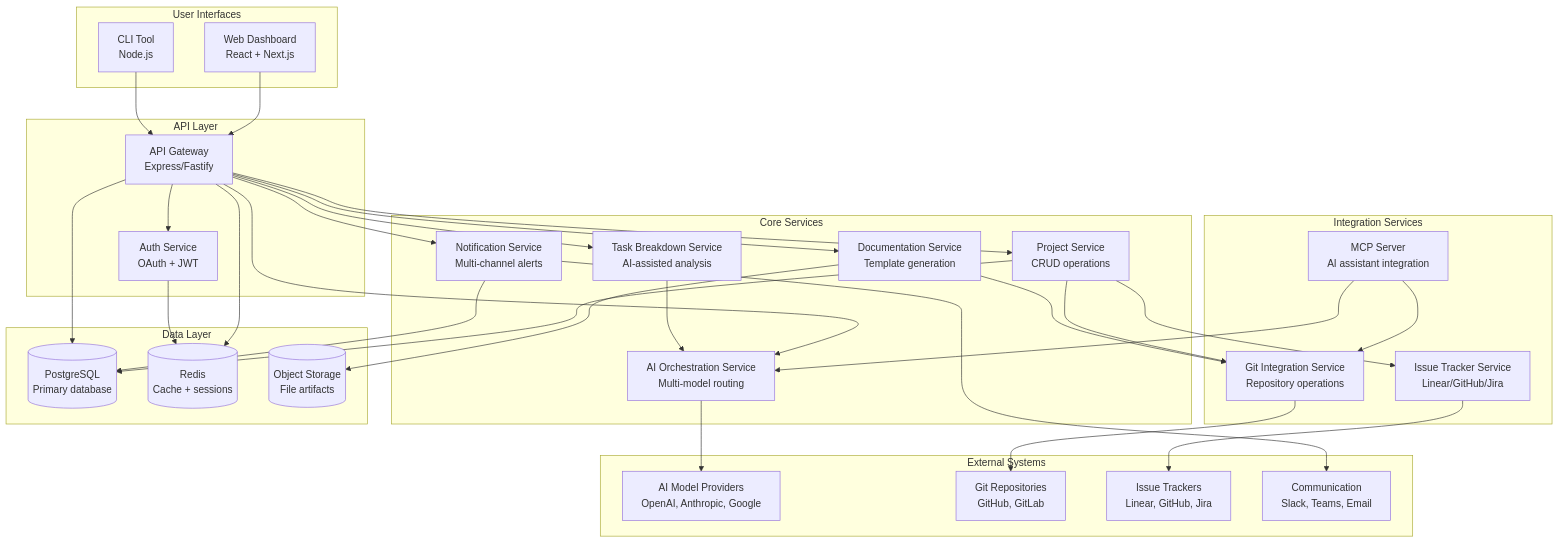
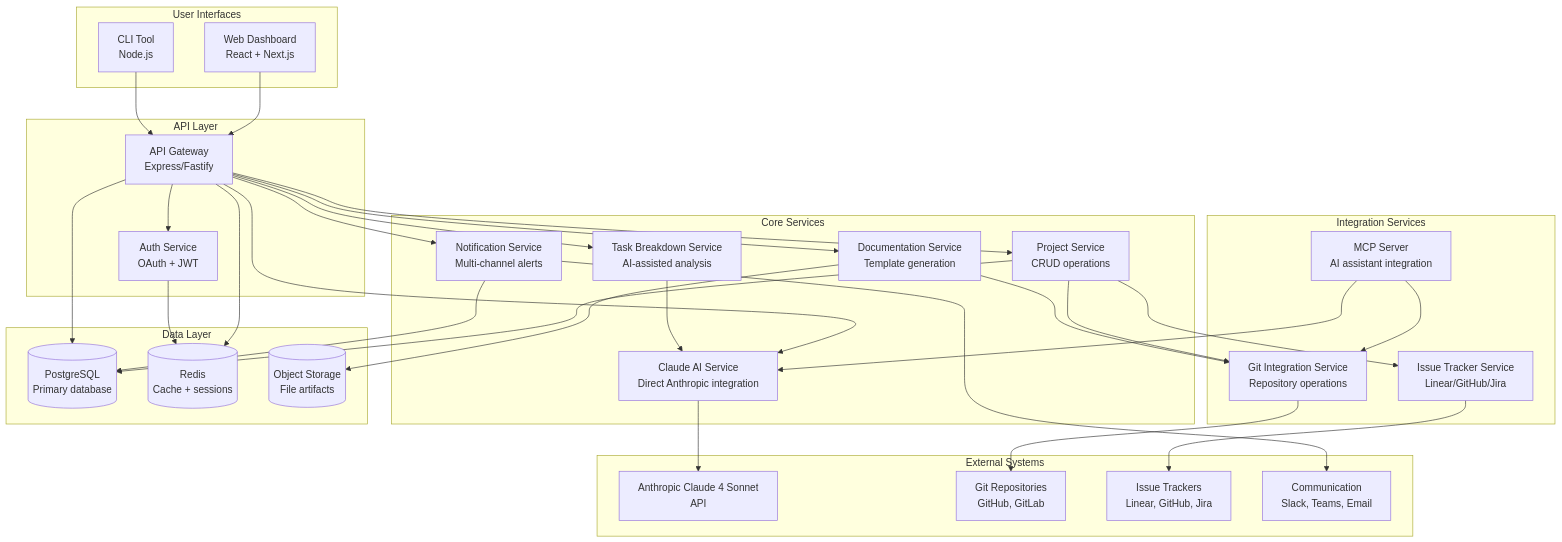
The first of 4 diagrams in docs/architecture/system-overview.md (spiralhouse/cycletime), drawn with Mermaid before and after one commit. The commit also changed other lines of this file, not shown here.

First line of the commit message:
docs: complete system architecture scope reduction to Claude 4 Sonnet

````diff
--- a/docs/architecture/system-overview.md
+++ b/docs/architecture/system-overview.md
@@ -18,73 +18,73 @@
 ```mermaid
 graph TB
     subgraph "User Interfaces"
         WEB[Web Dashboard<br/>React + Next.js]
         CLI[CLI Tool<br/>Node.js]
     end
     
     subgraph "API Layer"
         API[API Gateway<br/>Express/Fastify]
         AUTH[Auth Service<br/>OAuth + JWT]
     end
     
     subgraph "Core Services"
-        ORCH[AI Orchestration Service<br/>Multi-model routing]
+        CLAUDE[Claude AI Service<br/>Direct Anthropic integration]
         PROJ[Project Service<br/>CRUD operations]
         DOC[Documentation Service<br/>Template generation]
         TASK[Task Breakdown Service<br/>AI-assisted analysis]
         NOTIF[Notification Service<br/>Multi-channel alerts]
     end
     
     subgraph "Integration Services"
         GIT[Git Integration Service<br/>Repository operations]
         ISSUE[Issue Tracker Service<br/>Linear/GitHub/Jira]
         MCP[MCP Server<br/>AI assistant integration]
     end
     
     subgraph "Data Layer"
         PG[(PostgreSQL<br/>Primary database)]
         REDIS[(Redis<br/>Cache + sessions)]
         S3[(Object Storage<br/>File artifacts)]
     end
     
     subgraph "External Systems"
-        MODELS[AI Model Providers<br/>OpenAI, Anthropic, Google]
+        ANTHROPIC[Anthropic Claude 4 Sonnet<br/>API]
         REPOS[Git Repositories<br/>GitHub, GitLab]
         TRACKERS[Issue Trackers<br/>Linear, GitHub, Jira]
         COMM[Communication<br/>Slack, Teams, Email]
     end
     
     %% User Interface connections
     WEB --> API
     CLI --> API
     
     %% API Layer connections
     API --> AUTH
-    API --> ORCH
+    API --> CLAUDE
     API --> PROJ
     API --> DOC
     API --> TASK
     API --> NOTIF
     
     %% Core Service connections
-    ORCH --> MODELS
+    CLAUDE --> ANTHROPIC
     PROJ --> GIT
     PROJ --> ISSUE
     DOC --> GIT
-    TASK --> ORCH
+    TASK --> CLAUDE
     NOTIF --> COMM
     
     %% Integration Service connections
     GIT --> REPOS
     ISSUE --> TRACKERS
-    MCP --> ORCH
+    MCP --> CLAUDE
     MCP --> GIT
     
     %% Data Layer connections
     API --> PG
     API --> REDIS
     PROJ --> PG
     DOC --> S3
     AUTH --> REDIS
     NOTIF --> PG
 ```
````
